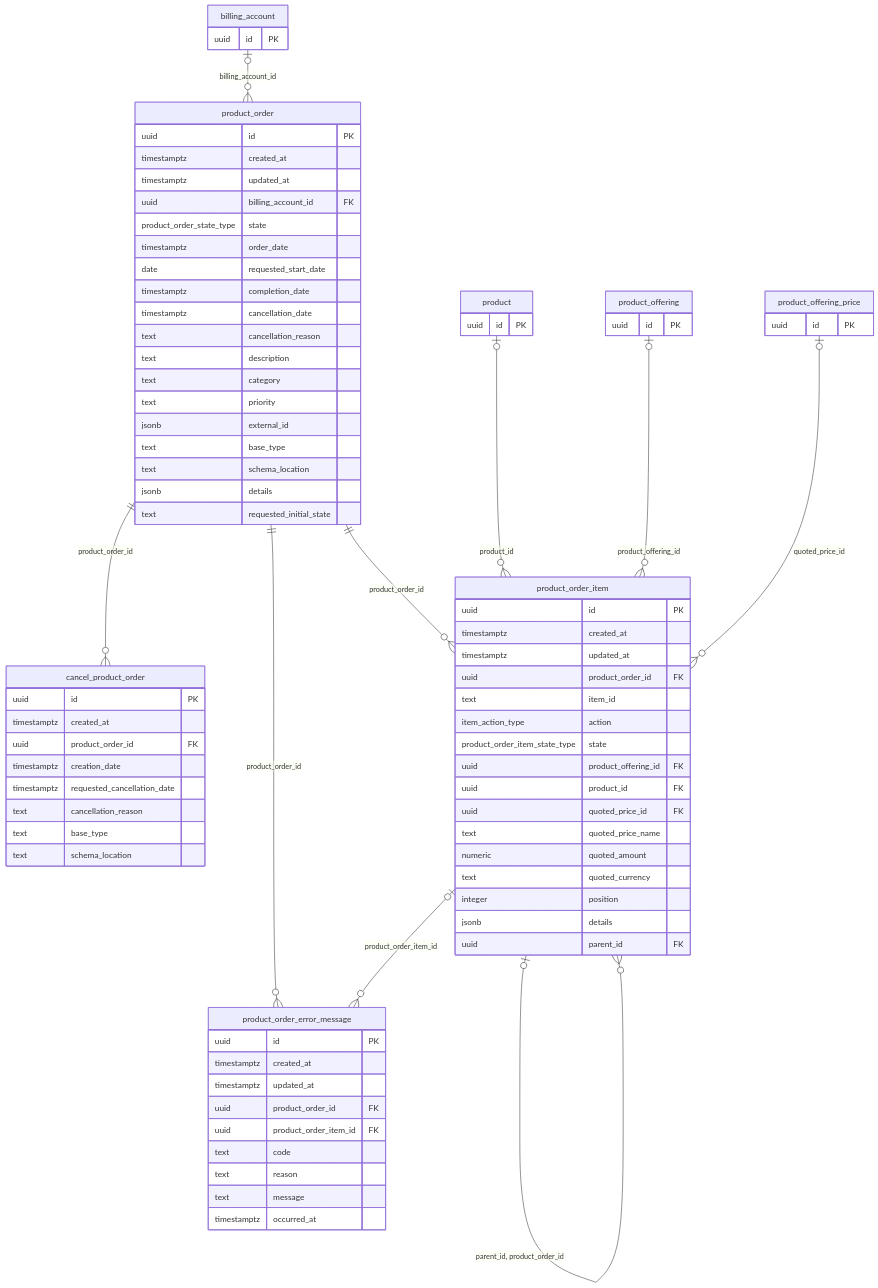
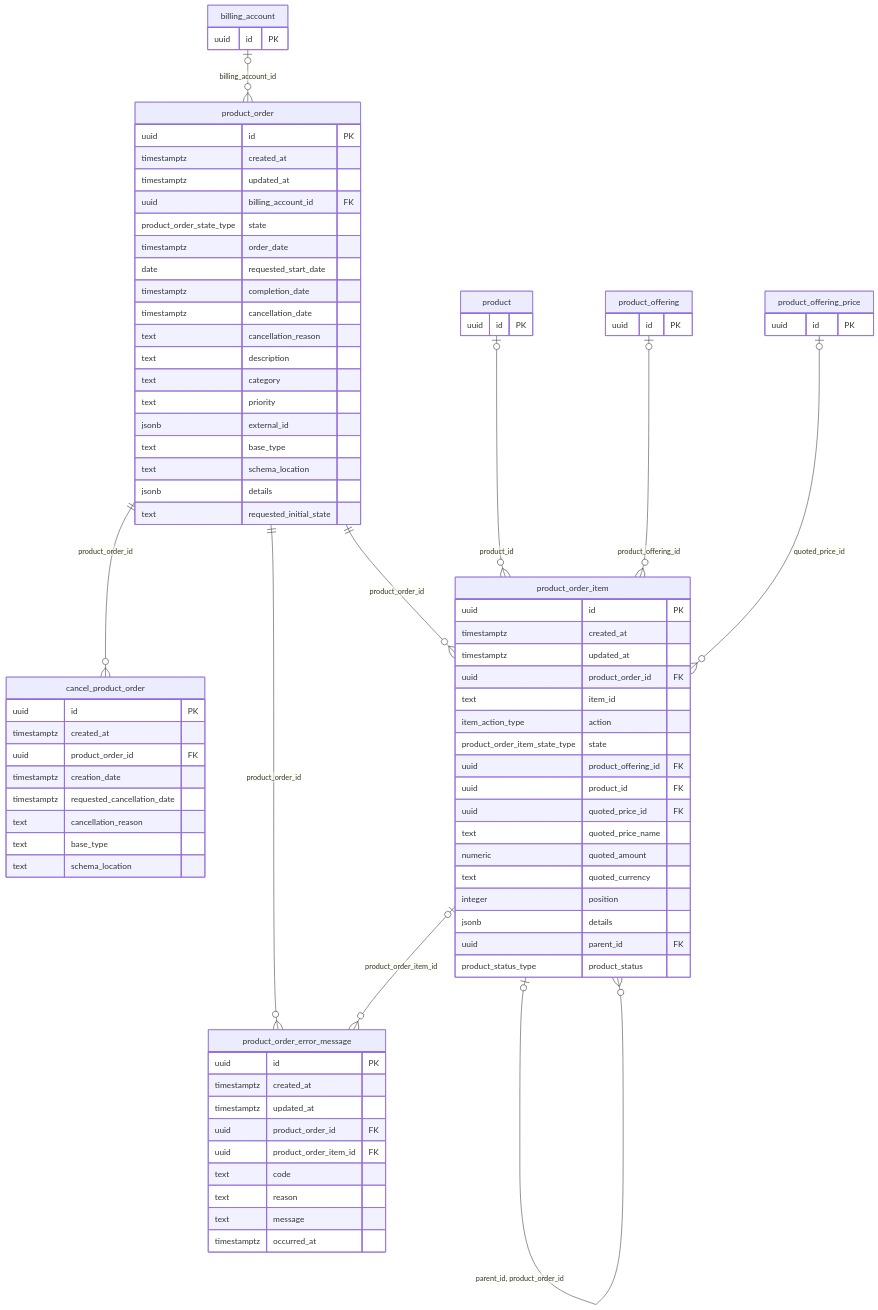
One commit to altharmz/bss changed the fourth of 8 diagrams in docs/db/README.md. Above: the diagram before and after it, drawn with Mermaid. The commit also changed other lines of this file and 57 other files, not shown here.

```diff
--- a/docs/db/README.md
+++ b/docs/db/README.md
@@ -408,6 +412,7 @@
     integer position
     jsonb details
     uuid parent_id FK
+    product_status_type product_status
   }
   product_order_error_message {
     uuid id PK
```
